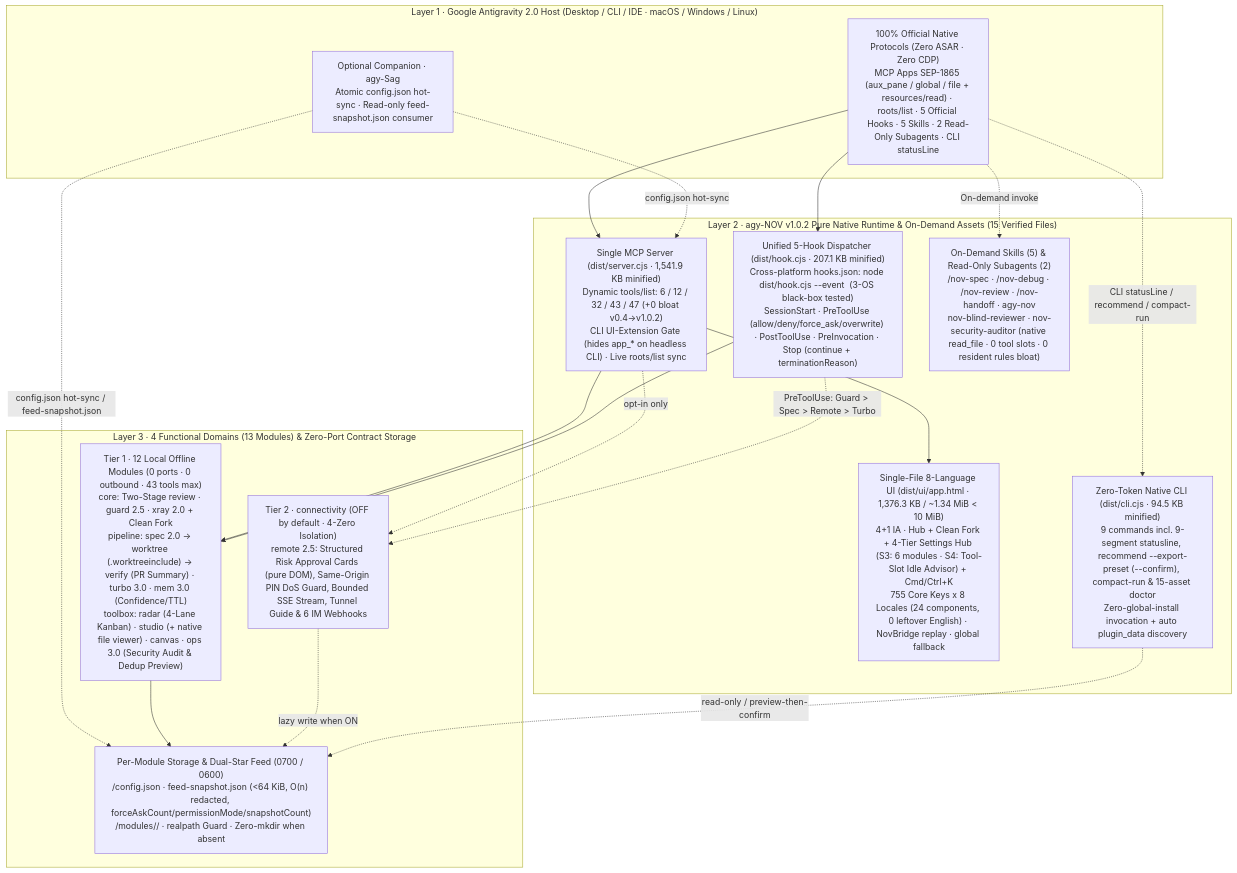
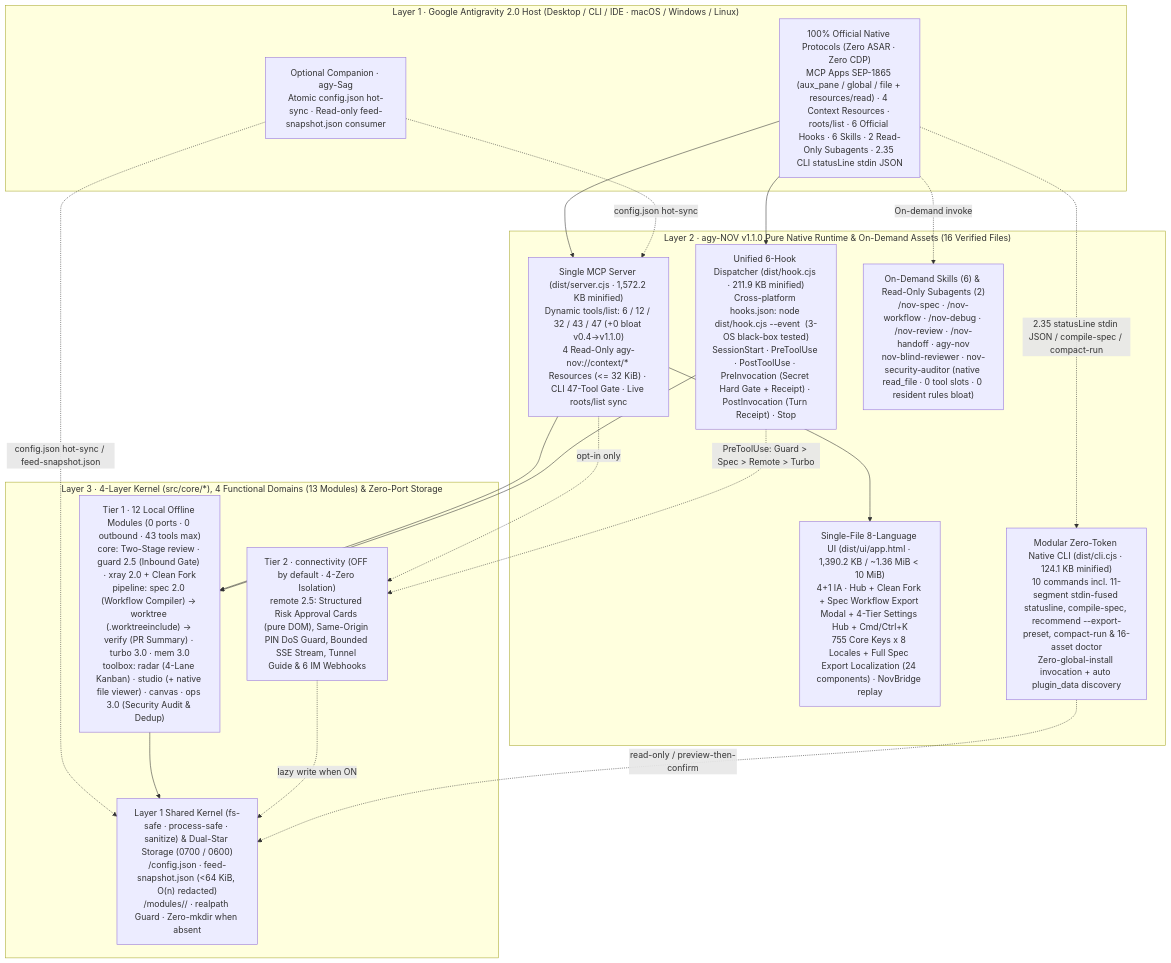
The diagram in README.md (tone-leh/agy-NOV), drawn with Mermaid before and after one commit. The commit also changed other lines of this file and 51 other files, not shown here.

Commit message:
feat(v1.1.0): Spec DAG workflow compiler, 6-Hook protocol, MCP context resources & CLI statusLine fusion

````diff
--- a/README.md
+++ b/README.md
@@ -264,36 +269,36 @@
 ```mermaid
 flowchart TB
   subgraph L1["Layer 1 · Google Antigravity 2.0 Host (Desktop / CLI / IDE · macOS / Windows / Linux)"]
-    Host["100% Official Native Protocols (Zero ASAR · Zero CDP)\nMCP Apps SEP-1865 (aux_pane / global / file + resources/read) · roots/list · 5 Official Hooks · 5 Skills · 2 Read-Only Subagents · CLI statusLine"]
+    Host["100% Official Native Protocols (Zero ASAR · Zero CDP)\nMCP Apps SEP-1865 (aux_pane / global / file + resources/read) · 4 Context Resources · roots/list · 6 Official Hooks · 6 Skills · 2 Read-Only Subagents · 2.35 CLI statusLine stdin JSON"]
     Sag["Optional Companion · agy-Sag\nAtomic config.json hot-sync · Read-only feed-snapshot.json consumer"]
   end
 
-  subgraph L2["Layer 2 · agy-NOV v1.0.2 Pure Native Runtime & On-Demand Assets (15 Verified Files)"]
-    MCP["Single MCP Server (dist/server.cjs · 1,541.9 KB minified)\nDynamic tools/list: 6 / 12 / 32 / 43 / 47 (+0 bloat v0.4->v1.0.2)\nCLI UI-Extension Gate (hides app_* on headless CLI) · Live roots/list sync"]
-    Hook["Unified 5-Hook Dispatcher (dist/hook.cjs · 207.1 KB minified)\nCross-platform hooks.json: node dist/hook.cjs --event <Event> (3-OS black-box tested)\nSessionStart · PreToolUse (allow/deny/force_ask/overwrite) · PostToolUse · PreInvocation · Stop (continue + terminationReason)"]
-    UI["Single-File 8-Language UI (dist/ui/app.html · 1,376.3 KB / ~1.34 MiB < 10 MiB)\n4+1 IA · Hub + Clean Fork + 4-Tier Settings Hub (S3: 6 modules · S4: Tool-Slot Idle Advisor) + Cmd/Ctrl+K\n755 Core Keys x 8 Locales (24 components, 0 leftover English) · NovBridge replay · global fallback"]
-    Playbooks["On-Demand Skills (5) & Read-Only Subagents (2)\n/nov-spec · /nov-debug · /nov-review · /nov-handoff · agy-nov\nnov-blind-reviewer · nov-security-auditor (native read_file · 0 tool slots · 0 resident rules bloat)"]
-    CLI["Zero-Token Native CLI (dist/cli.cjs · 94.5 KB minified)\n9 commands incl. 9-segment statusline, recommend --export-preset (--confirm), compact-run & 15-asset doctor\nZero-global-install invocation + auto plugin_data discovery"]
+  subgraph L2["Layer 2 · agy-NOV v1.1.0 Pure Native Runtime & On-Demand Assets (16 Verified Files)"]
+    MCP["Single MCP Server (dist/server.cjs · 1,572.2 KB minified)\nDynamic tools/list: 6 / 12 / 32 / 43 / 47 (+0 bloat v0.4->v1.1.0)\n4 Read-Only agy-nov://context/* Resources (<= 32 KiB) · CLI 47-Tool Gate · Live roots/list sync"]
+    Hook["Unified 6-Hook Dispatcher (dist/hook.cjs · 211.9 KB minified)\nCross-platform hooks.json: node dist/hook.cjs --event <Event> (3-OS black-box tested)\nSessionStart · PreToolUse · PostToolUse · PreInvocation (Secret Hard Gate + Receipt) · PostInvocation (Turn Receipt) · Stop"]
+    UI["Single-File 8-Language UI (dist/ui/app.html · 1,390.2 KB / ~1.36 MiB < 10 MiB)\n4+1 IA · Hub + Clean Fork + Spec Workflow Export Modal + 4-Tier Settings Hub + Cmd/Ctrl+K\n755 Core Keys x 8 Locales + Full Spec Export Localization (24 components) · NovBridge replay"]
+    Playbooks["On-Demand Skills (6) & Read-Only Subagents (2)\n/nov-spec · /nov-workflow · /nov-debug · /nov-review · /nov-handoff · agy-nov\nnov-blind-reviewer · nov-security-auditor (native read_file · 0 tool slots · 0 resident rules bloat)"]
+    CLI["Modular Zero-Token Native CLI (dist/cli.cjs · 124.1 KB minified)\n10 commands incl. 11-segment stdin-fused statusline, compile-spec, recommend --export-preset, compact-run & 16-asset doctor\nZero-global-install invocation + auto plugin_data discovery"]
   end
 
-  subgraph L3["Layer 3 · 4 Functional Domains (13 Modules) & Zero-Port Contract Storage"]
-    T1["Tier 1 · 12 Local Offline Modules (0 ports · 0 outbound · 43 tools max)\ncore: Two-Stage review · guard 2.5 · xray 2.0 + Clean Fork\npipeline: spec 2.0 -> worktree (.worktreeinclude) -> verify (PR Summary) · turbo 3.0 · mem 3.0 (Confidence/TTL)\ntoolbox: radar (4-Lane Kanban) · studio (+ native file viewer) · canvas · ops 3.0 (Security Audit & Dedup Preview)"]
+  subgraph L3["Layer 3 · 4-Layer Kernel (src/core/*), 4 Functional Domains (13 Modules) & Zero-Port Storage"]
+    T1["Tier 1 · 12 Local Offline Modules (0 ports · 0 outbound · 43 tools max)\ncore: Two-Stage review · guard 2.5 (Inbound Gate) · xray 2.0 + Clean Fork\npipeline: spec 2.0 (Workflow Compiler) -> worktree (.worktreeinclude) -> verify (PR Summary) · turbo 3.0 · mem 3.0\ntoolbox: radar (4-Lane Kanban) · studio (+ native file viewer) · canvas · ops 3.0 (Security Audit & Dedup)"]
     T2R["Tier 2 · connectivity (OFF by default · 4-Zero Isolation)\nremote 2.5: Structured Risk Approval Cards (pure DOM), Same-Origin PIN DoS Guard, Bounded SSE Stream, Tunnel Guide & 6 IM Webhooks"]
-    Store["Per-Module Storage & Dual-Star Feed (0700 / 0600)\n<dataDir>/config.json · feed-snapshot.json (<64 KiB, O(n) redacted, forceAskCount/permissionMode/snapshotCount)\n<dataDir>/modules/<id>/ · realpath Guard · Zero-mkdir when absent"]
+    Store["Layer 1 Shared Kernel (fs-safe · process-safe · sanitize) & Dual-Star Storage (0700 / 0600)\n<dataDir>/config.json · feed-snapshot.json (<64 KiB, O(n) redacted)\n<dataDir>/modules/<id>/ · realpath Guard · Zero-mkdir when absent"]
   end
 
   Host --> MCP
   Host --> Hook
   Host -. "On-demand invoke" .-> Playbooks
-  Host -. "CLI statusLine / recommend / compact-run" .-> CLI
+  Host -. "2.35 statusLine stdin JSON / compile-spec / compact-run" .-> CLI
   Sag -. "config.json hot-sync / feed-snapshot.json" .-> Store
   Sag -. "config.json hot-sync" .-> MCP
   MCP --> UI
   MCP --> T1
   MCP -. "opt-in only" .-> T2R
   Hook --> T1
   Hook -. "PreToolUse: Guard > Spec > Remote > Turbo" .-> T2R
   T1 --> Store
   T2R -. "lazy write when ON" .-> Store
   CLI -. "read-only / preview-then-confirm" .-> Store
 ```
````
